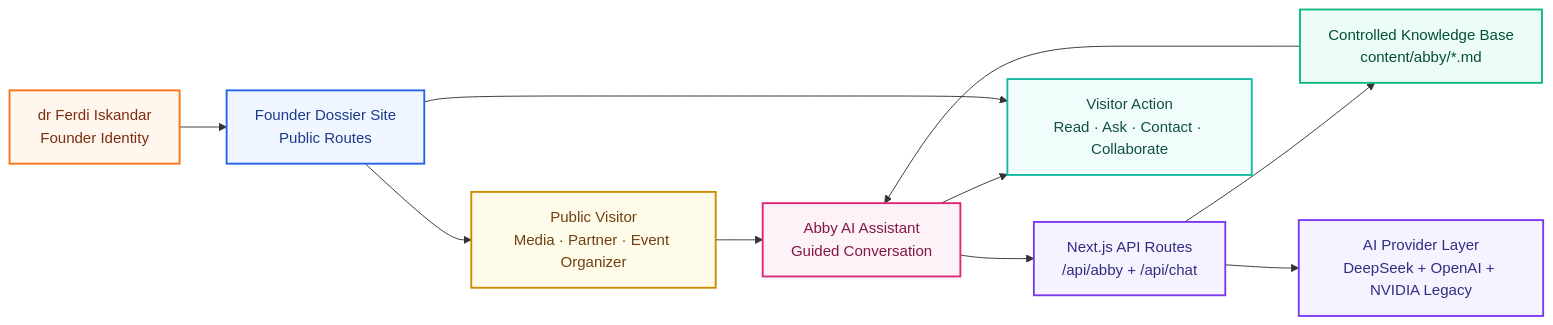
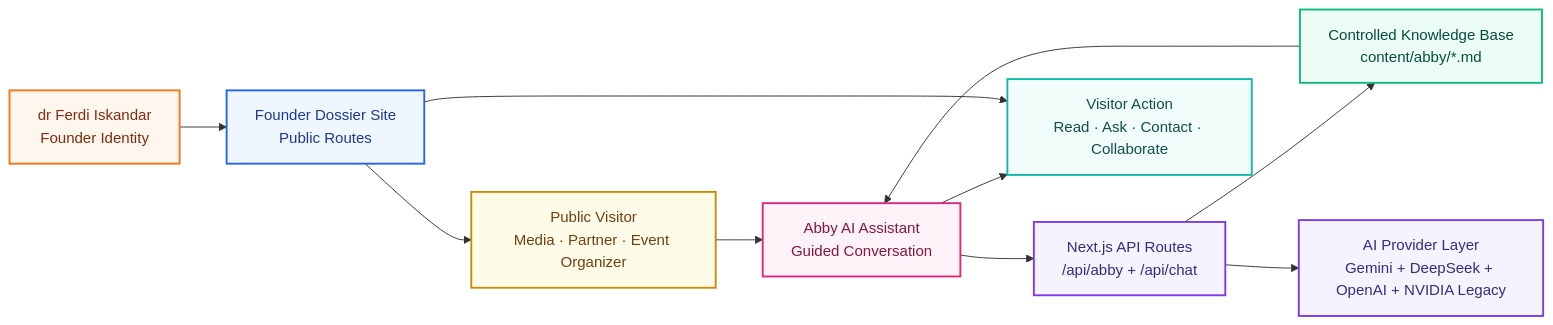
One commit to drferdii/ferdiiskandar.com changed the first of 11 diagrams in README.md. Above: the diagram before and after it, drawn with Mermaid. The commit also changed other lines of this file and 80 other files, not shown here.

````diff
--- a/README.md
+++ b/README.md
@@ -79,37 +79,37 @@
 ```mermaid
 flowchart LR
     Founder["dr Ferdi Iskandar<br/>Founder Identity"]
     Site["Founder Dossier Site<br/>Public Routes"]
     Abby["Abby AI Assistant<br/>Guided Conversation"]
     Knowledge["Controlled Knowledge Base<br/>content/abby/*.md"]
     APIs["Next.js API Routes<br/>/api/abby + /api/chat"]
-    Providers["AI Provider Layer<br/>DeepSeek + OpenAI + NVIDIA Legacy"]
+    Providers["AI Provider Layer<br/>Gemini + DeepSeek + OpenAI + NVIDIA Legacy"]
     Visitor["Public Visitor<br/>Media · Partner · Event Organizer"]
     Action["Visitor Action<br/>Read · Ask · Contact · Collaborate"]
 
     Founder --> Site
     Site --> Visitor
     Visitor --> Abby
     Abby --> APIs
     APIs --> Knowledge
     APIs --> Providers
     Knowledge --> Abby
     Abby --> Action
     Site --> Action
 
     classDef founder fill:#FFF7ED,stroke:#F97316,color:#7C2D12,stroke-width:2px;
     classDef site fill:#EFF6FF,stroke:#2563EB,color:#1E3A8A,stroke-width:2px;
     classDef ai fill:#FDF2F8,stroke:#DB2777,color:#831843,stroke-width:2px;
     classDef knowledge fill:#ECFDF5,stroke:#10B981,color:#064E3B,stroke-width:2px;
     classDef api fill:#F5F3FF,stroke:#7C3AED,color:#312E81,stroke-width:2px;
     classDef visitor fill:#FEFCE8,stroke:#CA8A04,color:#713F12,stroke-width:2px;
     classDef action fill:#F0FDFA,stroke:#14B8A6,color:#134E4A,stroke-width:2px;
 
     class Founder founder;
     class Site site;
     class Abby ai;
     class Knowledge knowledge;
     class APIs,Providers api;
     class Visitor visitor;
     class Action action;
 ```
````
